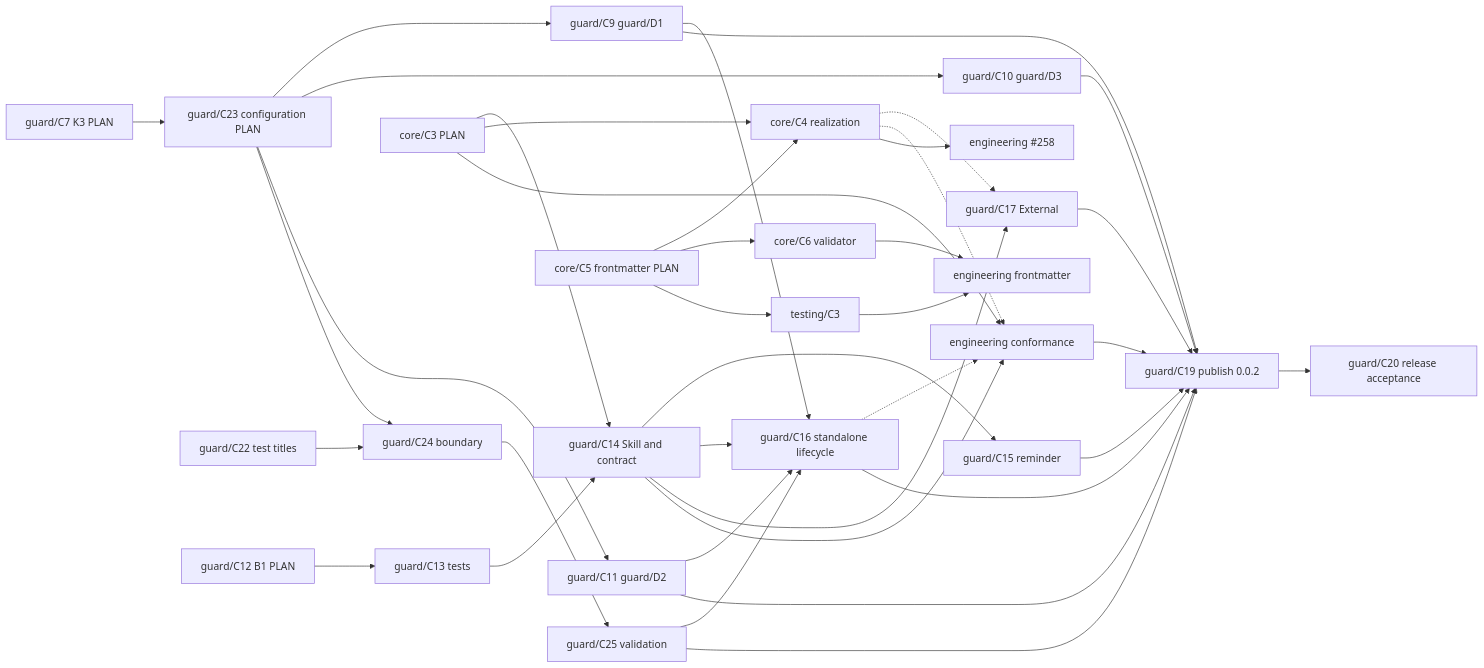
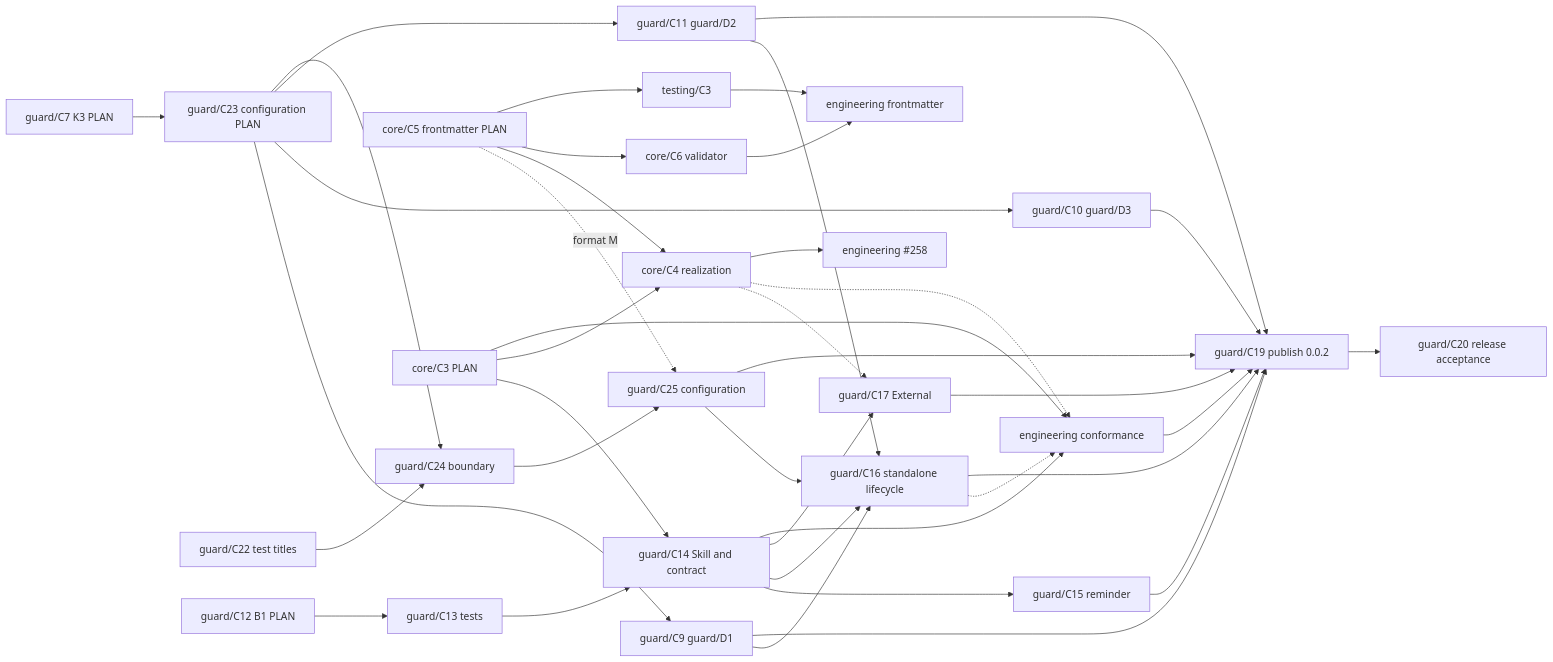
Before and after one commit to Kai-Hacks-AI/KAAL: the diagram in engineering/guard/change.md, drawn with Mermaid. The commit also changed other lines of this file and 4 other files, not shown here.

First line of the commit message:
guard/C23: compare configuration options instead of deciding them

````diff
--- a/engineering/guard/change.md
+++ b/engineering/guard/change.md
@@ -157,40 +165,41 @@
 ```mermaid
 graph LR
   C7[guard/C7 K3 PLAN] --> C23[guard/C23 configuration PLAN]
   C23 --> C9[guard/C9 guard/D1]
   C23 --> C10[guard/C10 guard/D3]
   C23 --> C11[guard/C11 guard/D2]
   C22[guard/C22 test titles] --> C24[guard/C24 boundary]
   C23 --> C24
-  C24 --> C25[guard/C25 validation]
+  C24 --> C25[guard/C25 configuration]
+  FM5 -.format M.-> C25
   C12[guard/C12 B1 PLAN] --> C13[guard/C13 tests]
   C13 --> C14[guard/C14 Skill and contract]
   CP[core/C3 PLAN] --> C14
   C14 --> C15[guard/C15 reminder]
   C14 --> C16[guard/C16 standalone lifecycle]
   C25 --> C16
   C9 --> C16
   C11 --> C16
   C14 --> C17[guard/C17 External]
   CP --> CR[core/C4 realization]
   FM5[core/C5 frontmatter PLAN] --> CR
   FM5 --> FM6[core/C6 validator]
   FM5 --> TT[testing/C3]
   FM6 --> FE[engineering frontmatter]
   TT --> FE
   CR -.-> C17
   C14 --> EC[engineering conformance]
   CP --> EC
   C16 -.-> EC
   CR -.-> EC
   CR --> EA[engineering #258]
   C9 --> C19[guard/C19 publish 0.0.2]
   C10 --> C19
   C11 --> C19
   C15 --> C19
   C16 --> C19
   C25 --> C19
   C17 --> C19
   EC --> C19
   C19 --> C20[guard/C20 release acceptance]
 ```
````
